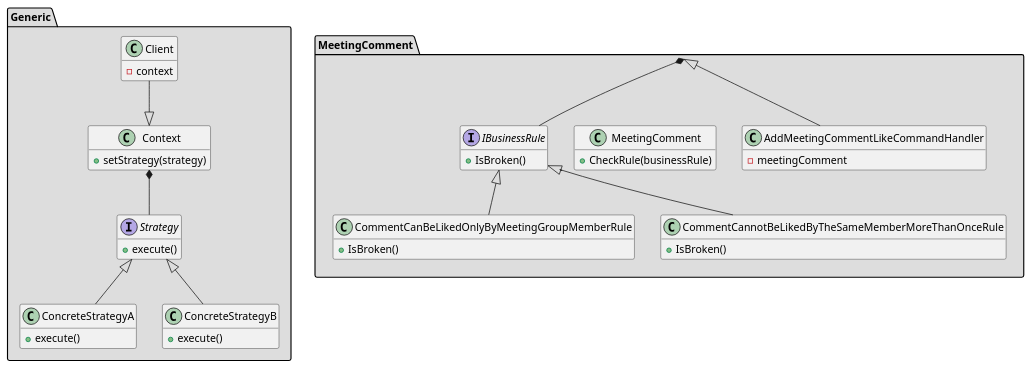
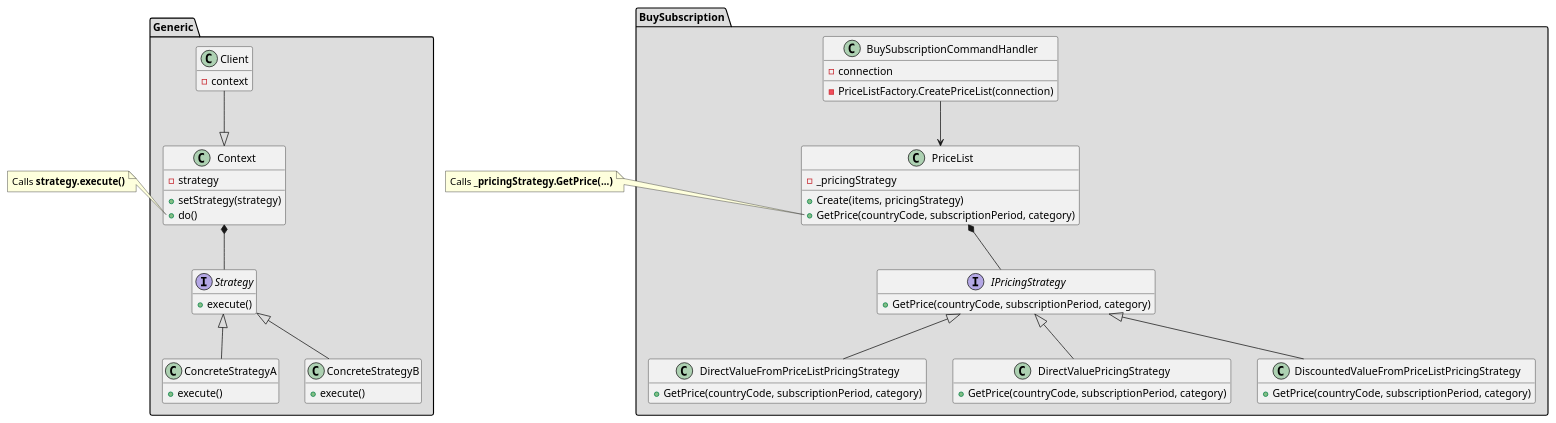
One commit to kgrzybek/modular-monolith-with-ddd changed the diagram in docs/catalog-of-terms/Strategy-Pattern/strategy-pattern.puml. Above: the diagram before and after it, drawn with PlantUML. The commit also changed 1 other file, not shown here.

Commit message:
Updated Strategy Pattern with better example.

```diff
--- a/docs/catalog-of-terms/Strategy-Pattern/strategy-pattern.puml
+++ b/docs/catalog-of-terms/Strategy-Pattern/strategy-pattern.puml
@@ -1,57 +1,76 @@
 @startuml
 package "Generic" #DDDDDD {
 class Client {
  - context
 }
 
 class Context {
+ - strategy
  + setStrategy(strategy)
+ + do()
 }
 
 interface Strategy {
  + execute()
 }
 
 class ConcreteStrategyA {
  + execute()
 }
 
 class ConcreteStrategyB {
  + execute()
 }
 }
 
-package "MeetingComment" #DDDDDD {
-class AddMeetingCommentLikeCommandHandler {
- - meetingComment
+package "BuySubscription" #DDDDDD {
+class BuySubscriptionCommandHandler {
+ - connection
+ - PriceListFactory.CreatePriceList(connection)
 }
 
-class MeetingComment {
- + CheckRule(businessRule)
+class PriceList {
+ - _pricingStrategy
+ + Create(items, pricingStrategy)
+ + GetPrice(countryCode, subscriptionPeriod, category)
 }
 
-interface IBusinessRule {
- + IsBroken()
+interface IPricingStrategy {
+ + GetPrice(countryCode, subscriptionPeriod, category)
 }
 
-class CommentCanBeLikedOnlyByMeetingGroupMemberRule {
- + IsBroken()
+class DirectValueFromPriceListPricingStrategy {
+ + GetPrice(countryCode, subscriptionPeriod, category)
 }
 
-class CommentCannotBeLikedByTheSameMemberMoreThanOnceRule {
- + IsBroken()
+class DirectValuePricingStrategy {
+ + GetPrice(countryCode, subscriptionPeriod, category)
+}
+
+class DiscountedValueFromPriceListPricingStrategy {
+ + GetPrice(countryCode, subscriptionPeriod, category)
 }
 }
 
 hide empty members
 
 Client -down-|> Context
 Context *-- Strategy
 Strategy <|-- ConcreteStrategyA
 Strategy <|-- ConcreteStrategyB
 
-AddMeetingCommentLikeCommandHandler -down-|> MeetingComment
-MeetingComment *-- IBusinessRule
-IBusinessRule <|-- CommentCanBeLikedOnlyByMeetingGroupMemberRule
-IBusinessRule <|-- CommentCannotBeLikedByTheSameMemberMoreThanOnceRule
+note left of Context::do 
+ Calls <b>strategy.execute()</b>
+end note
+
+
+BuySubscriptionCommandHandler -down-> PriceList
+PriceList *-- IPricingStrategy
+IPricingStrategy <|-- DirectValueFromPriceListPricingStrategy
+IPricingStrategy <|-- DirectValuePricingStrategy
+IPricingStrategy <|-- DiscountedValueFromPriceListPricingStrategy
+
+note left of PriceList::GetPrice 
+ Calls <b>_pricingStrategy.GetPrice(...)</b>
+end note
 @enduml
```
